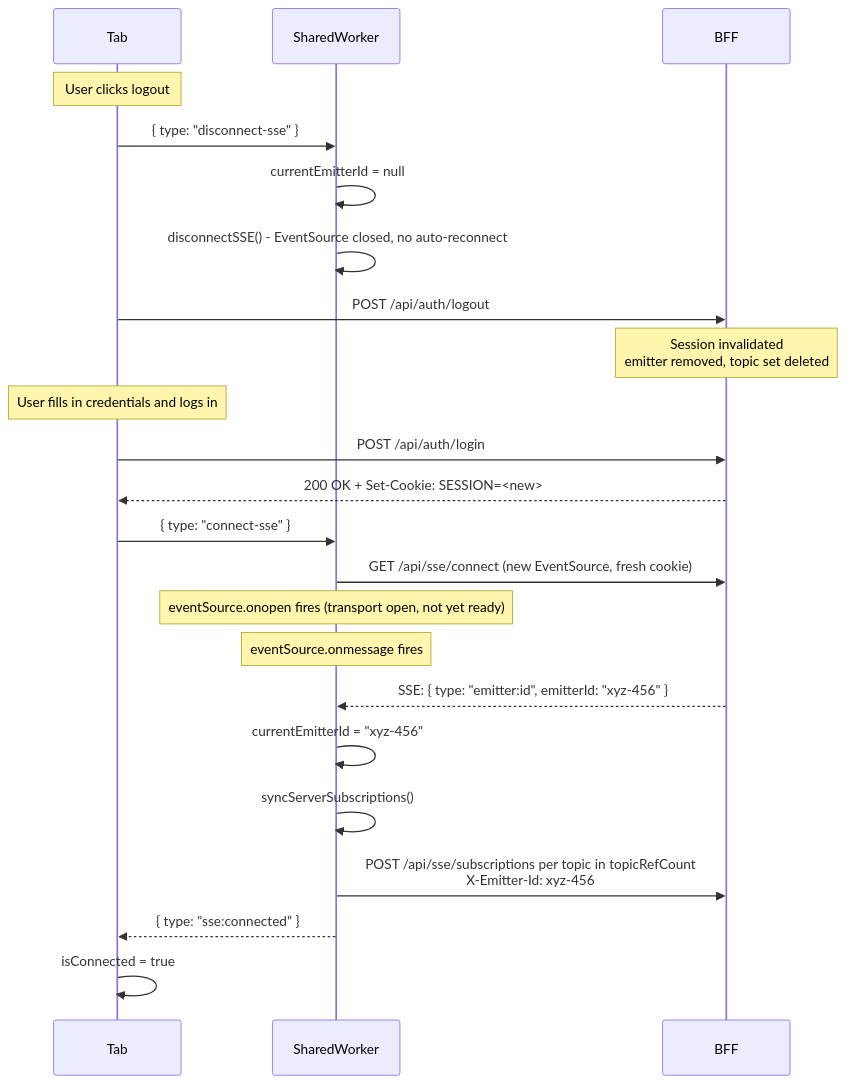
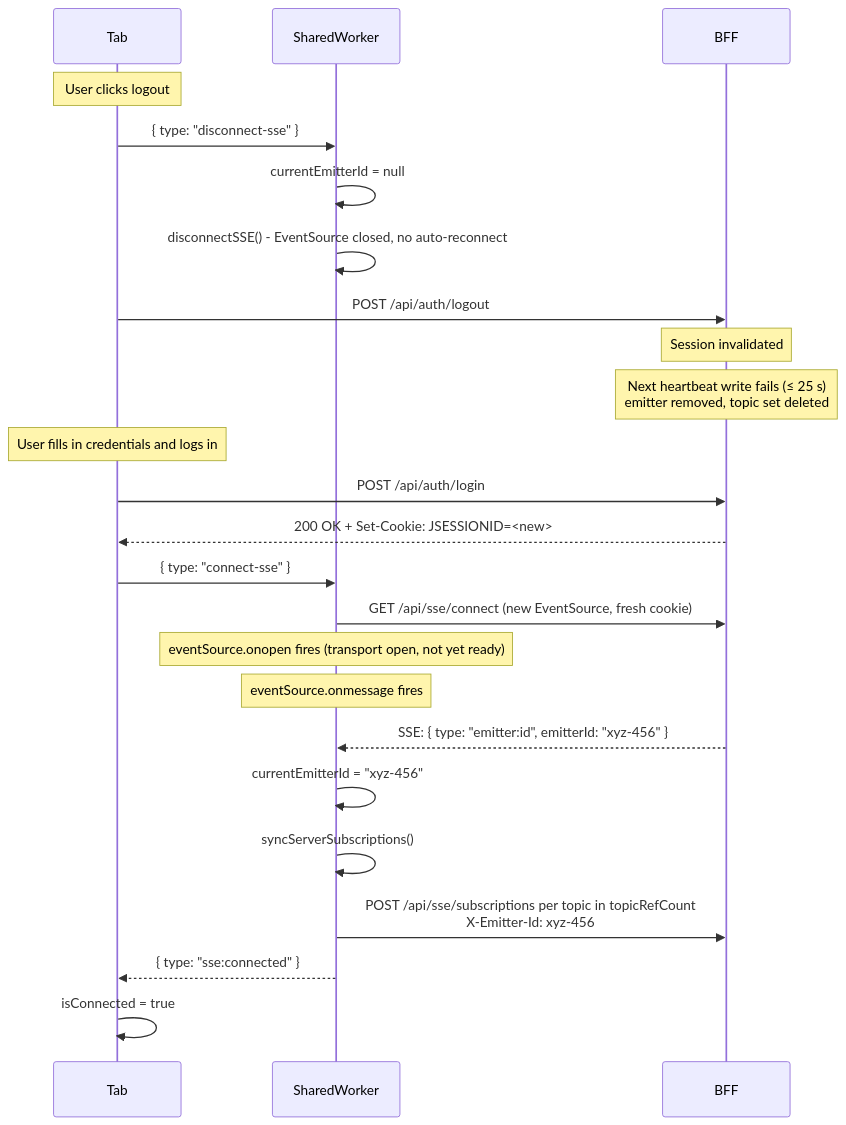
One commit to iarroyo/sse-demo changed the sixth of 7 diagrams in SSE-DIAGRAMS.md. Above: the diagram before and after it, drawn with Mermaid. The commit also changed other lines of this file and 3 other files, not shown here.

First line of the commit message:
docs: correct README and SSE architecture docs

````diff
--- a/SSE-DIAGRAMS.md
+++ b/SSE-DIAGRAMS.md
@@ -158,31 +162,32 @@
 ```mermaid
 sequenceDiagram
     participant Tab
     participant Worker as SharedWorker
     participant Server as BFF
 
     Note over Tab: User clicks logout
     Tab->>Worker: { type: "disconnect-sse" }
     Worker->>Worker: currentEmitterId = null
     Worker->>Worker: disconnectSSE() - EventSource closed, no auto-reconnect
 
     Tab->>Server: POST /api/auth/logout
-    Note over Server: Session invalidated<br/>emitter removed, topic set deleted
+    Note over Server: Session invalidated
+    Note over Server: Next heartbeat write fails (≤ 25 s)<br/>emitter removed, topic set deleted
 
     Note over Tab: User fills in credentials and logs in
     Tab->>Server: POST /api/auth/login
-    Server-->>Tab: 200 OK + Set-Cookie: SESSION=<new>
+    Server-->>Tab: 200 OK + Set-Cookie: JSESSIONID=<new>
 
     Tab->>Worker: { type: "connect-sse" }
     Worker->>Server: GET /api/sse/connect (new EventSource, fresh cookie)
 
     Note over Worker: eventSource.onopen fires (transport open, not yet ready)
 
     Note over Worker: eventSource.onmessage fires
     Server-->>Worker: SSE: { type: "emitter:id", emitterId: "xyz-456" }
     Worker->>Worker: currentEmitterId = "xyz-456"
     Worker->>Worker: syncServerSubscriptions()
     Worker->>Server: POST /api/sse/subscriptions per topic in topicRefCount<br/>X-Emitter-Id: xyz-456
     Worker-->>Tab: { type: "sse:connected" }
     Tab->>Tab: isConnected = true
 ```
````
